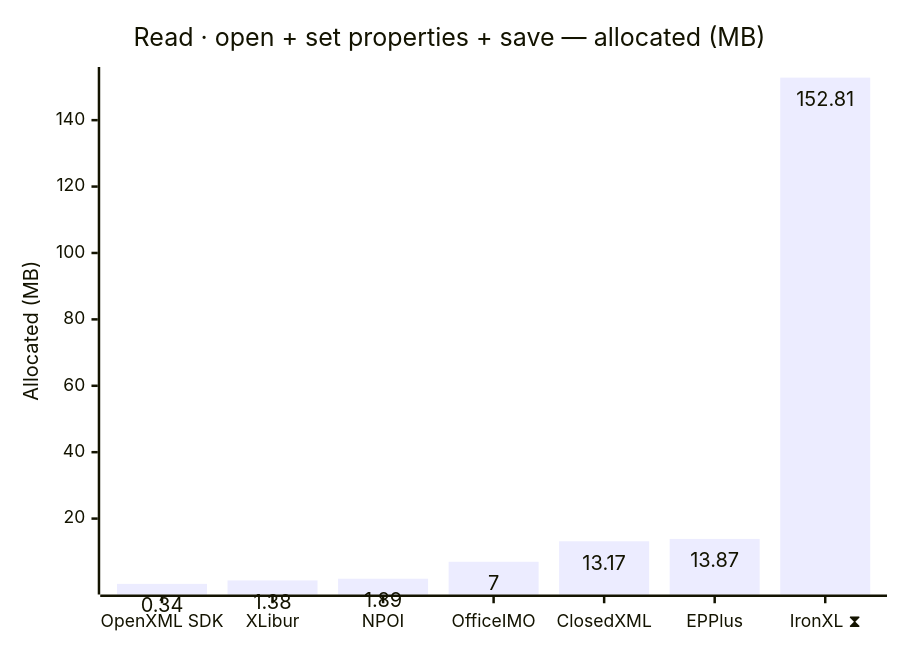
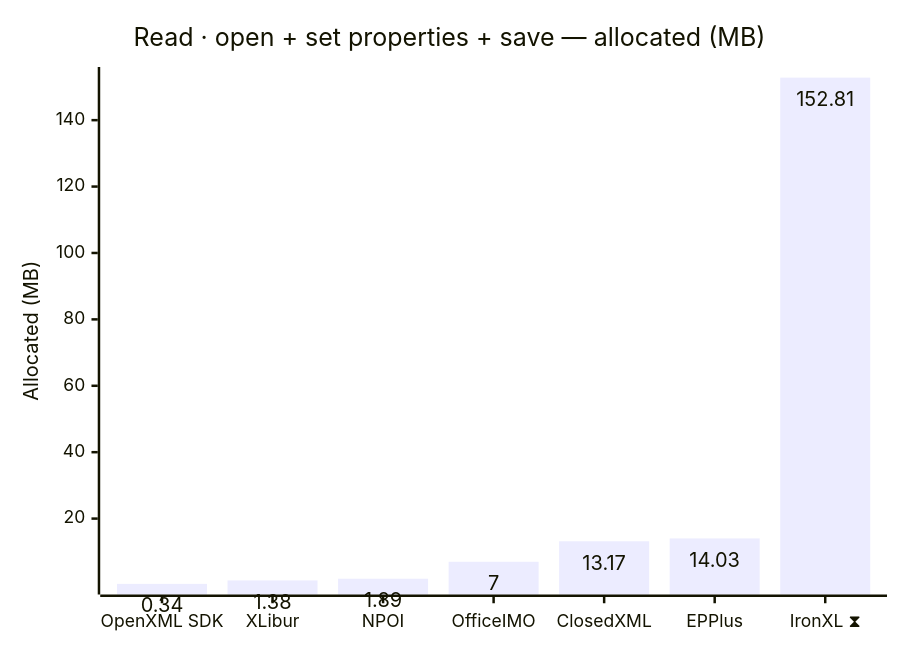
One commit to jafin/XLBench changed the second of 18 diagrams in docs/results-ci.md. Above: the diagram before and after it, drawn with Mermaid. The commit also changed other lines of this file, not shown here.

````diff
--- a/docs/results-ci.md
+++ b/docs/results-ci.md
@@ -56,12 +56,12 @@
 ```mermaid
 ---
 config:
   xyChart:
     showDataLabel: true
 ---
 xychart-beta
     title "Read · open + set properties + save — allocated (MB)"
     x-axis ["OpenXML SDK", "XLibur", "NPOI", "OfficeIMO", "ClosedXML", "EPPlus", "IronXL ⧗"]
     y-axis "Allocated (MB)"
-    bar [0.34, 1.38, 1.89, 7, 13.17, 13.87, 152.81]
+    bar [0.34, 1.38, 1.89, 7, 13.17, 14.03, 152.81]
 ```
````
